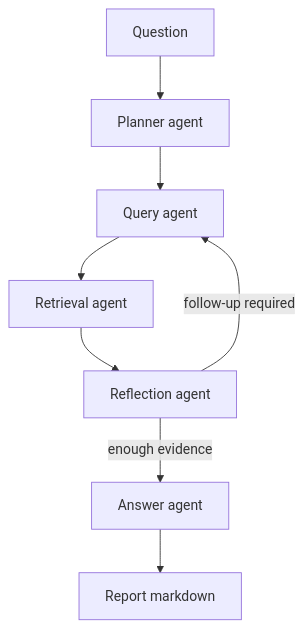
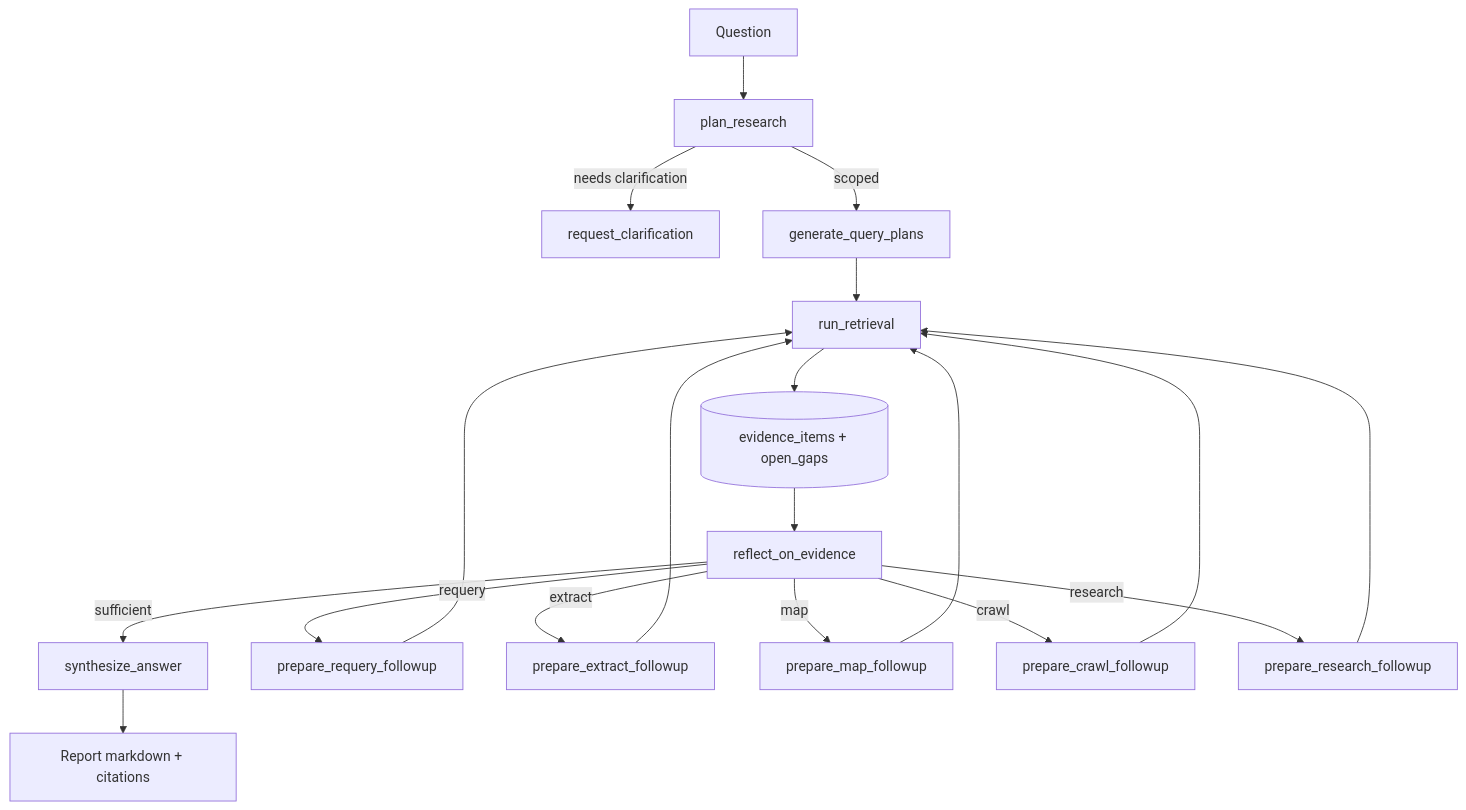
One commit to pr1m8/perplexity-at-home changed the fourth of 4 diagrams in README.md. Above: the diagram before and after it, drawn with Mermaid. The commit also changed other lines of this file and 16 other files, not shown here.

````diff
--- a/README.md
+++ b/README.md
@@ -94,10 +93,25 @@
 ```mermaid
 flowchart TD
-    Q[Question] --> P[Planner agent]
-    P --> QA[Query agent]
-    QA --> RA[Retrieval agent]
-    RA --> RF[Reflection agent]
-    RF -->|enough evidence| AA[Answer agent]
-    RF -->|follow-up required| QA
-    AA --> R[Report markdown]
+    Q[Question] --> PLAN[plan_research]
+    PLAN -->|needs clarification| CLARIFY[request_clarification]
+    PLAN -->|scoped| QUERY[generate_query_plans]
+
+    QUERY --> RETRIEVE[run_retrieval]
+    RETRIEVE --> EVIDENCE[(evidence_items + open_gaps)]
+    EVIDENCE --> REFLECT[reflect_on_evidence]
+
+    REFLECT -->|sufficient| ANSWER[synthesize_answer]
+    REFLECT -->|requery| RQ[prepare_requery_followup]
+    REFLECT -->|extract| EX[prepare_extract_followup]
+    REFLECT -->|map| MAP[prepare_map_followup]
+    REFLECT -->|crawl| CR[prepare_crawl_followup]
+    REFLECT -->|research| RS[prepare_research_followup]
+
+    RQ --> RETRIEVE
+    EX --> RETRIEVE
+    MAP --> RETRIEVE
+    CR --> RETRIEVE
+    RS --> RETRIEVE
+
+    ANSWER --> REPORT[Report markdown + citations]
 ```
````
